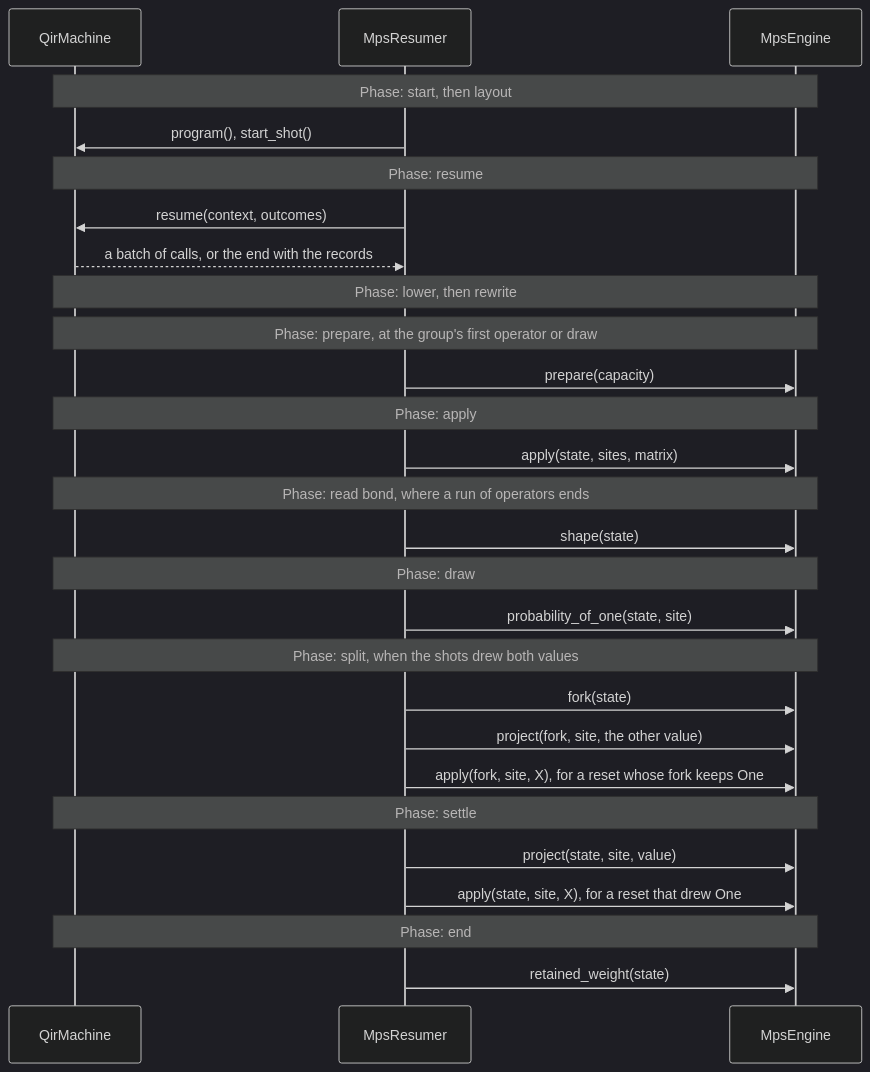
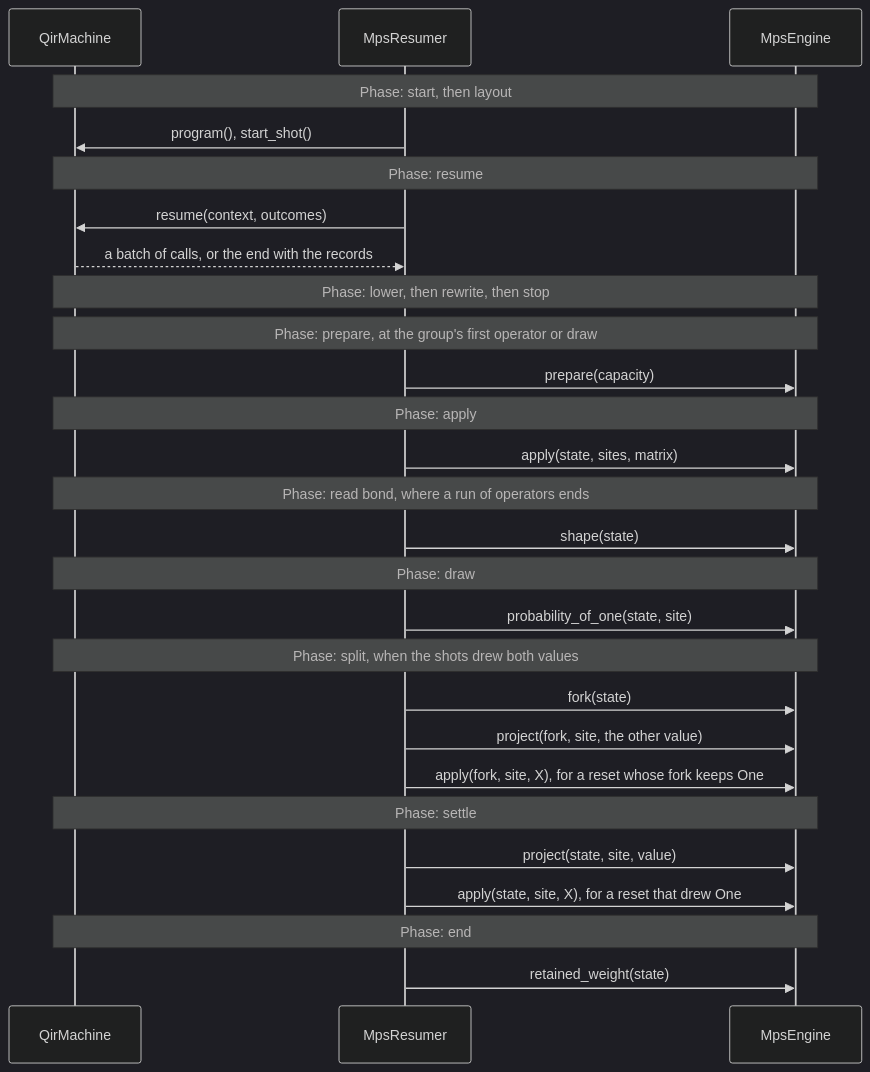
Before and after one commit to microsoft/qdk: the diagram in source/simulators/src/mps_simulator/design.md, drawn with Mermaid (dark theme). The commit also changed other lines of this file and 2 other files, not shown here.

Commit message:
C4 README checklist: the setup check as a section with a table of its steps, and the stop flag as a phase and a concern
cuTensorNet's README: the setup check leaves the steps of discovery for its
own section, one row per step (how, why); the title and the solution name
it; discover_with and PackagedLibraries are defined in the model, and the
packaged path is a column of where the libraries are looked for; the
Platforms rows link the check and MINIMUM_COMPUTE_CAPABILITY instead of
restating 7.5.

The MPS simulator's README: the stop flag is a term, a phase (stop), a row
of the concerns' table and a band of the diagram; the model lists with_stop
as a setting, and MpsResumerError says a run may be stopped.

````diff
--- a/source/simulators/src/mps_simulator/design.md
+++ b/source/simulators/src/mps_simulator/design.md
@@ -13,29 +13,29 @@
 ```mermaid
 sequenceDiagram
   participant M as QirMachine
   participant R as MpsResumer
   participant E as MpsEngine
   Note over M,E: Phase: start, then layout
   R->>M: program(), start_shot()
   Note over M,E: Phase: resume
   R->>M: resume(context, outcomes)
   M-->>R: a batch of calls, or the end with the records
-  Note over M,E: Phase: lower, then rewrite
+  Note over M,E: Phase: lower, then rewrite, then stop
   Note over M,E: Phase: prepare, at the group's first operator or draw
   R->>E: prepare(capacity)
   Note over M,E: Phase: apply
   R->>E: apply(state, sites, matrix)
   Note over M,E: Phase: read bond, where a run of operators ends
   R->>E: shape(state)
   Note over M,E: Phase: draw
   R->>E: probability_of_one(state, site)
   Note over M,E: Phase: split, when the shots drew both values
   R->>E: fork(state)
   R->>E: project(fork, site, the other value)
   R->>E: apply(fork, site, X), for a reset whose fork keeps One
   Note over M,E: Phase: settle
   R->>E: project(state, site, value)
   R->>E: apply(state, site, X), for a reset that drew One
   Note over M,E: Phase: end
   R->>E: retained_weight(state)
 ```
````
